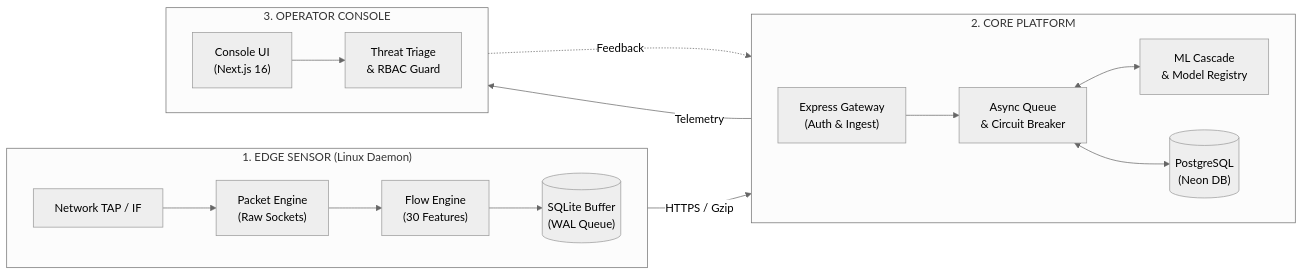
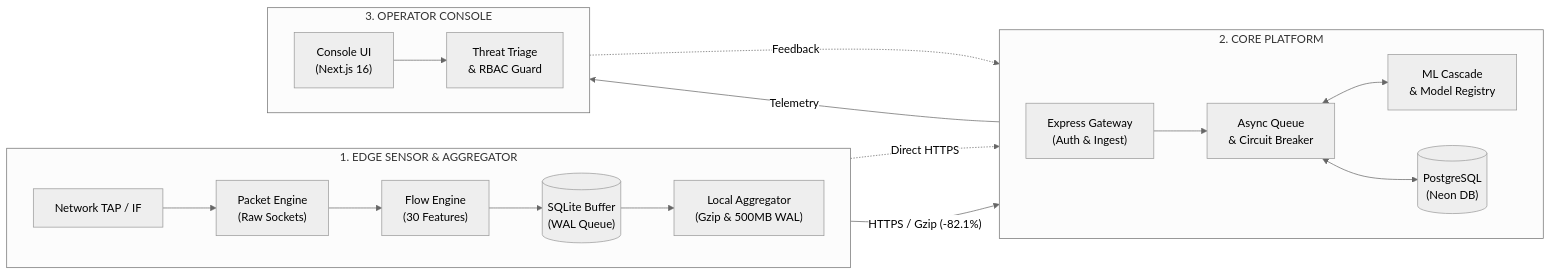
Before and after one commit to Sambit-Kumar-Mohanty-26/Kairo: the diagram in README.md, drawn with Mermaid (neutral theme). The commit also changed other lines of this file, not shown here.

Commit message:
docs: update root README with multi-dataset fusion benchmark and edge aggregator architecture

````diff
--- a/README.md
+++ b/README.md
@@ -67,31 +67,33 @@
 ```mermaid
 graph LR
-    subgraph SENSOR["1. EDGE SENSOR (Linux Daemon)"]
+    subgraph SENSOR["1. EDGE SENSOR & AGGREGATOR"]
         direction LR
         TAP["Network TAP / IF"] --> CAP["Packet Engine\n(Raw Sockets)"]
         CAP --> FLOW["Flow Engine\n(30 Features)"]
         FLOW --> WAL[("SQLite Buffer\n(WAL Queue)")]
+        WAL --> AGG["Local Aggregator\n(Gzip & 500MB WAL)"]
     end
 
     subgraph CORE["2. CORE PLATFORM"]
         direction LR
         API["Express Gateway\n(Auth & Ingest)"]
         QUEUE["Async Queue\n& Circuit Breaker"]
         ML["ML Cascade\n& Model Registry"]
         DB[("PostgreSQL\n(Neon DB)")]
         API --> QUEUE
         QUEUE <--> ML
         QUEUE <--> DB
     end
 
     subgraph OPS["3. OPERATOR CONSOLE"]
         direction LR
         DASH["Console UI\n(Next.js 16)"]
         TRIAGE["Threat Triage\n& RBAC Guard"]
         DASH --> TRIAGE
     end
 
-    WAL -->|"HTTPS / Gzip"| API
+    WAL -.->|"Direct HTTPS"| API
+    AGG -->|"HTTPS / Gzip (-82.1%)"| API
     API -->|"Telemetry"| DASH
     TRIAGE -.->|"Feedback"| DB
 ```
````
